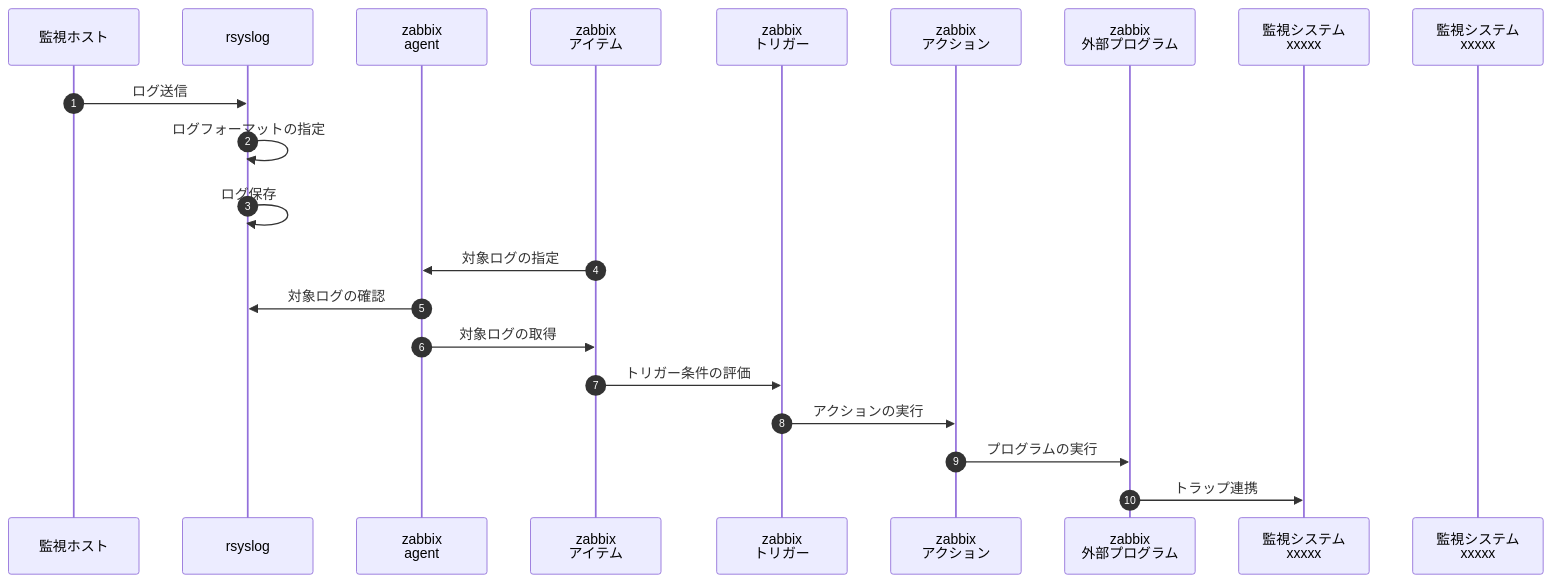
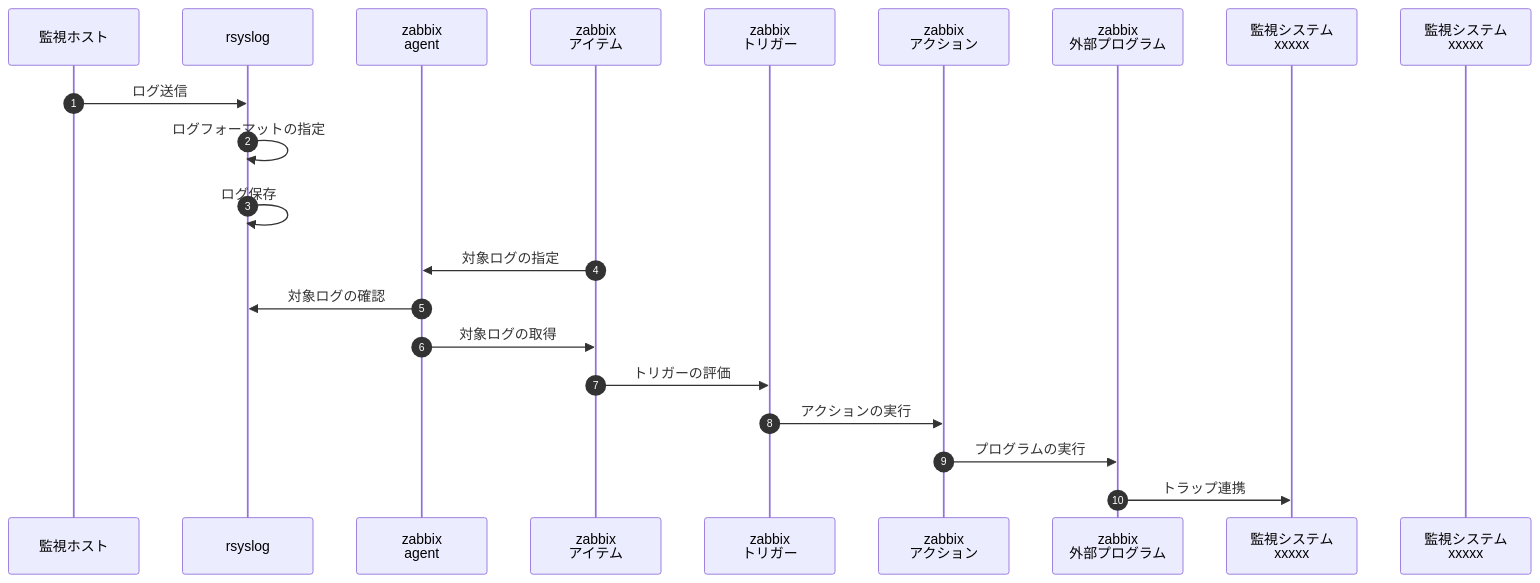
The second of 2 diagrams in README.md (panda-git-hub/handbook), drawn with Mermaid before and after one commit.

````diff
--- a/README.md
+++ b/README.md
@@ -21,23 +21,23 @@
 ```mermaid
 sequenceDiagram
   autonumber
   participant A as 監視ホスト
   participant B as rsyslog
   participant C as zabbix<br>agent
   participant D as zabbix<br>アイテム
   participant E as zabbix<br>トリガー
   participant F as zabbix<br>アクション
   participant G as zabbix<br>外部プログラム
   participant H as 監視システム<br>xxxxx
   participant I as 監視システム<br>xxxxx
   A->>B: ログ送信
   B->>B: ログフォーマットの指定
   B->>B: ログ保存
   D->>C: 対象ログの指定
   C->>B: 対象ログの確認
   C->>D: 対象ログの取得
-  D->>E: トリガー条件の評価
+  D->>E: トリガーの評価
   E->>F: アクションの実行
   F->>G: プログラムの実行
   G->>H: トラップ連携
 ```
````
